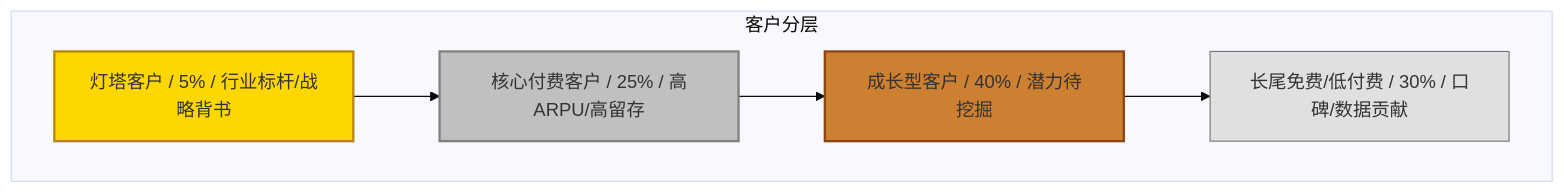
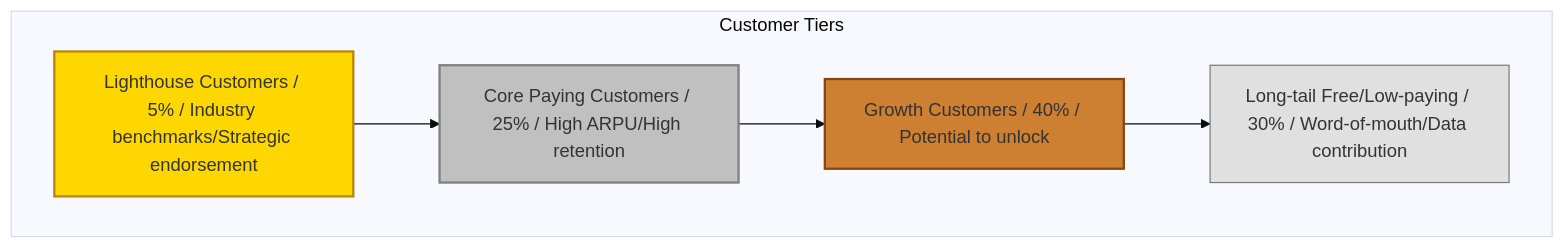
One commit to Kirky-X/cangjie changed the fourth of 15 diagrams in templates/【模板】商业模式文档.md. Above: the diagram before and after it, drawn with Mermaid (base theme). The commit also changed other lines of this file and 60 other files, not shown here.

````diff
--- a/templates/【模板】商业模式文档.md
+++ b/templates/【模板】商业模式文档.md
@@ -155,18 +155,18 @@
 ```mermaid
 graph TB
-    subgraph 客户分层
-        T1[灯塔客户 / 5% / 行业标杆/战略背书]
-        T2[核心付费客户 / 25% / 高ARPU/高留存]
-        T3[成长型客户 / 40% / 潜力待挖掘]
-        T4[长尾免费/低付费 / 30% / 口碑/数据贡献]
+    subgraph Customer Tiers
+        T1[Lighthouse Customers / 5% / Industry benchmarks/Strategic endorsement]
+        T2[Core Paying Customers / 25% / High ARPU/High retention]
+        T3[Growth Customers / 40% / Potential to unlock]
+        T4[Long-tail Free/Low-paying / 30% / Word-of-mouth/Data contribution]
     end
 
     T1 --> T2
     T2 --> T3
     T3 --> T4
 
     style T1 fill:#ffd700,stroke:#b8860b,stroke-width:2px
     style T2 fill:#c0c0c0,stroke:#808080,stroke-width:2px
     style T3 fill:#cd7f32,stroke:#8b4513,stroke-width:2px
     style T4 fill:#e0e0e0,stroke:#757575,stroke-width:1px
 ```
````
